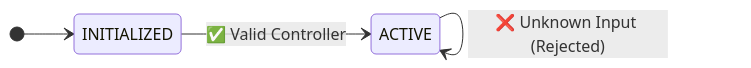
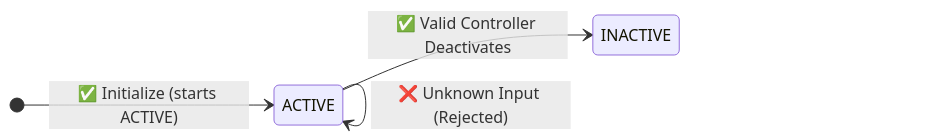
One commit to Consensys-Network-State/signet-execution-prototype changed the fourth of 5 diagrams in lua-actor/src/tests/manifesto/manifesto.md. Above: the diagram before and after it, drawn with Mermaid. The commit also changed other lines of this file and 7 other files, not shown here.

````diff
--- a/lua-actor/src/tests/manifesto/manifesto.md
+++ b/lua-actor/src/tests/manifesto/manifesto.md
@@ -101,8 +97,8 @@
 ```mermaid
 stateDiagram-v2
     direction LR
-    [*] --> INITIALIZED
-    INITIALIZED --> ACTIVE: ✅ Valid Controller
+    [*] --> ACTIVE: ✅ Initialize (starts ACTIVE)
+    ACTIVE --> INACTIVE: ✅ Valid Controller Deactivates
     ACTIVE --> ACTIVE: ❌ Invalid Controller (Rejected)
     ACTIVE --> ACTIVE: ❌ Unknown Input (Rejected)
 ```
````
